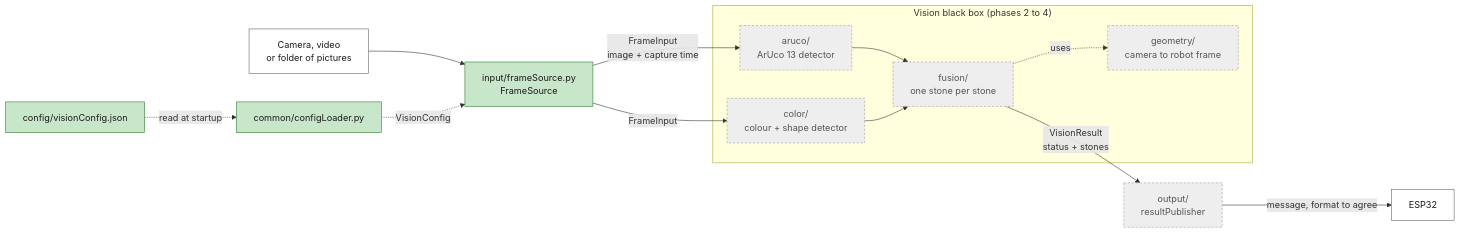
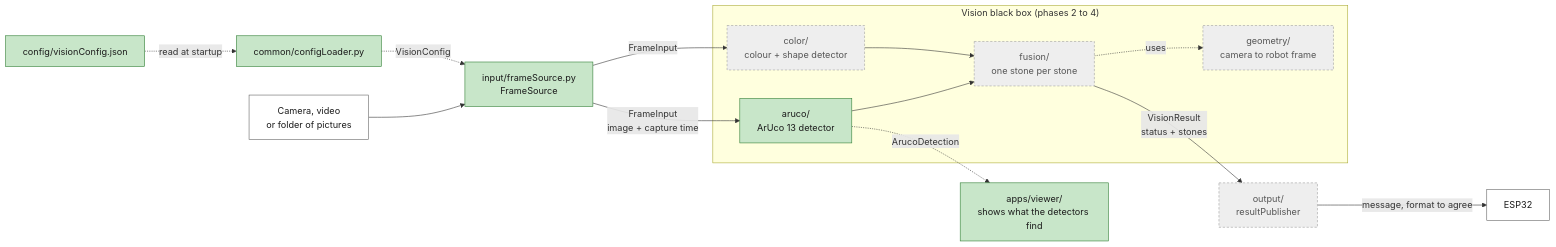
Before and after one commit to Basbat-net/BotQueValeUnEuro: the first of 8 diagrams in docs/vision/howVisionWorks.md, drawn with Mermaid. The commit also changed other lines of this file, not shown here.

Commit message:
Actualizo el diagrama de cómo funciona la visión

````diff
--- a/docs/vision/howVisionWorks.md
+++ b/docs/vision/howVisionWorks.md
@@ -15,26 +15,27 @@
 ```mermaid
 flowchart LR
     camera["Camera, video<br/>or folder of pictures"] --> frameSource["input/frameSource.py<br/>FrameSource"]
     jsonFile["config/visionConfig.json"] -. "read at startup" .-> loader["common/configLoader.py"]
     loader -. "VisionConfig" .-> frameSource
     frameSource -- "FrameInput<br/>image + capture time" --> aruco
     frameSource -- "FrameInput" --> color
     subgraph blackBox ["Vision black box (phases 2 to 4)"]
         aruco["aruco/<br/>ArUco 13 detector"]
         color["color/<br/>colour + shape detector"]
         geometry["geometry/<br/>camera to robot frame"]
         fusion["fusion/<br/>one stone per stone"]
         aruco --> fusion
         color --> fusion
         fusion -. "uses" .-> geometry
     end
     fusion -- "VisionResult<br/>status + stones" --> publisher["output/<br/>resultPublisher"]
     publisher -- "message, format to agree" --> esp32["ESP32"]
+    aruco -. "ArucoDetection" .-> viewer["apps/viewer/<br/>shows what the detectors find"]
 
     classDef done fill:#c8e6c9,stroke:#2e7d32,color:#1b1b1b
     classDef planned fill:#eeeeee,stroke:#9e9e9e,stroke-dasharray:4 3,color:#555555
     classDef outside fill:#ffffff,stroke:#616161,color:#1b1b1b
-    class frameSource,loader,jsonFile done
-    class aruco,color,geometry,fusion,publisher planned
+    class frameSource,loader,jsonFile,aruco,viewer done
+    class color,geometry,fusion,publisher planned
     class camera,esp32 outside
 ```
````
